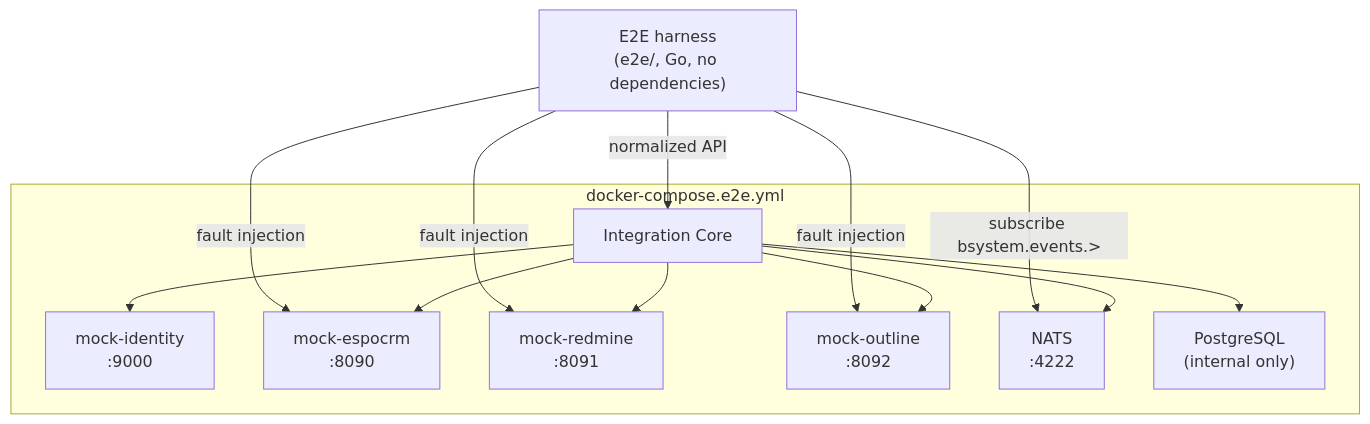
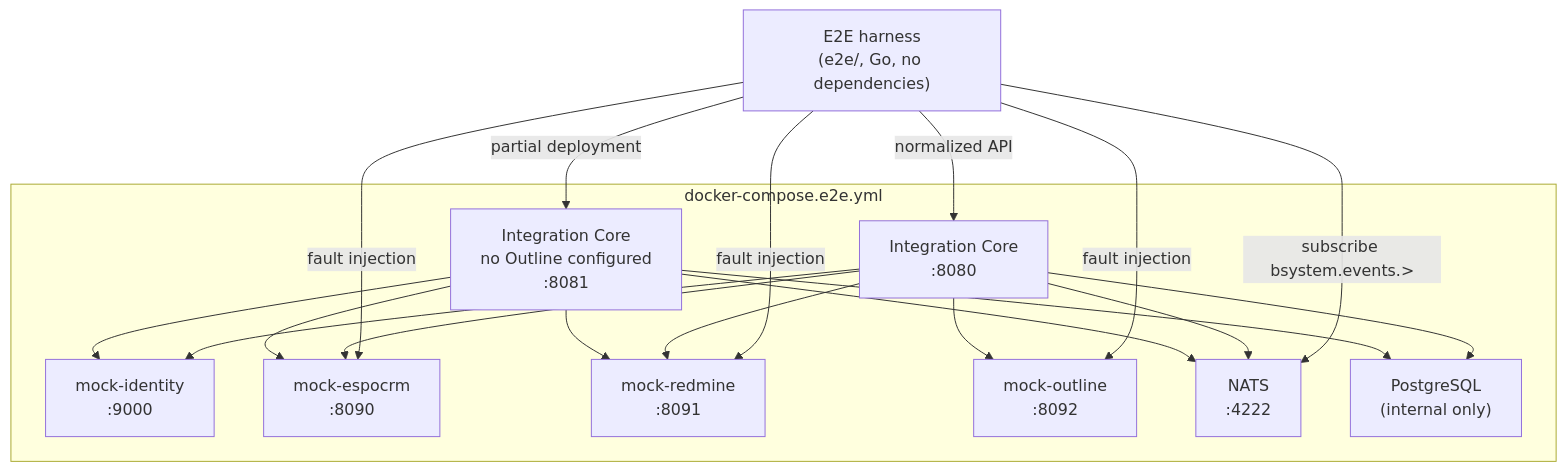
One commit to ekucher/bsystem-deploy changed the diagram in docs/E2E-ENVIRONMENT.md. Above: the diagram before and after it, drawn with Mermaid. The commit also changed other lines of this file and 6 other files, not shown here.

First line of the commit message:
test: run a deployment with an integration deliberately left out

````diff
--- a/docs/E2E-ENVIRONMENT.md
+++ b/docs/E2E-ENVIRONMENT.md
@@ -10,27 +10,35 @@
 ```mermaid
 flowchart TB
     harness["E2E harness<br/>(e2e/, Go, no dependencies)"]
 
     subgraph stack["docker-compose.e2e.yml"]
-        core["Integration Core"]
+        core["Integration Core<br/>:8080"]
+        partial["Integration Core<br/>no Outline configured<br/>:8081"]
         identity["mock-identity<br/>:9000"]
         espocrm["mock-espocrm<br/>:8090"]
         redmine["mock-redmine<br/>:8091"]
         outline["mock-outline<br/>:8092"]
         nats["NATS<br/>:4222"]
         postgres["PostgreSQL<br/>(internal only)"]
     end
 
     harness -->|"normalized API"| core
+    harness -->|"partial deployment"| partial
     harness -->|"fault injection"| espocrm
     harness -->|"fault injection"| redmine
     harness -->|"fault injection"| outline
     harness -->|"subscribe bsystem.events.>"| nats
 
     core --> identity
     core --> espocrm
     core --> redmine
     core --> outline
     core --> nats
     core --> postgres
+
+    partial --> identity
+    partial --> espocrm
+    partial --> redmine
+    partial --> nats
+    partial --> postgres
 ```
````
